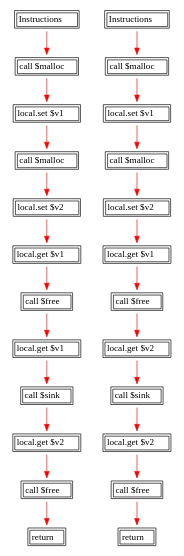
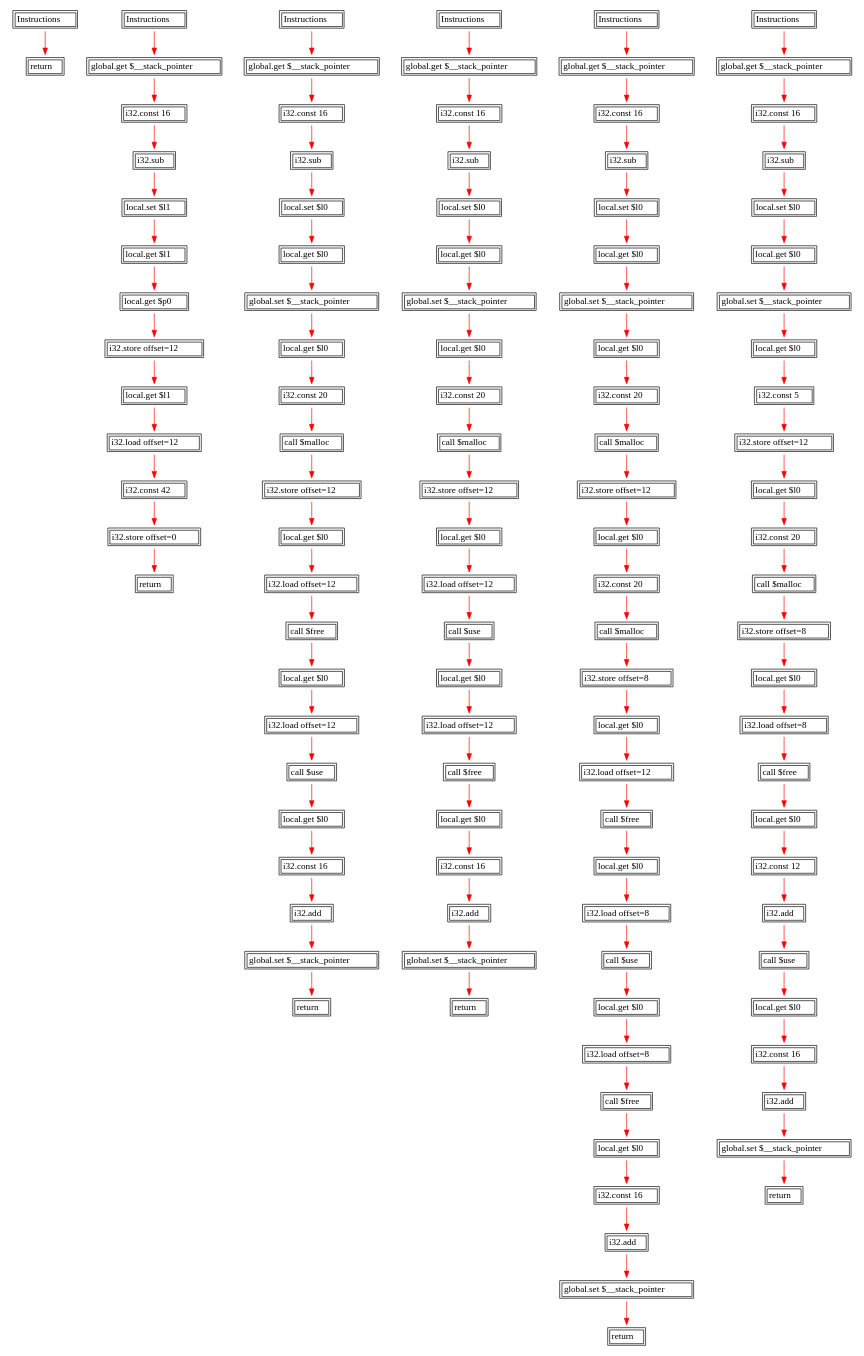
Before and after one commit to Parisa-ettehad/wasmati: the diagram in cfg.dot, drawn with Graphviz. The commit also changed 29 other files, not shown here.

```diff
--- a/cfg.dot
+++ b/cfg.dot
@@ -1,47 +1,223 @@
-digraph G {graph [rankdir=TD];node [shape=none];18 -> 20 [color=red]
-18 [label=<<TABLE><TR><TD>Instructions</TD></TR></TABLE>>];
-19 [label=<<TABLE><TR><TD>return</TD></TR></TABLE>>];
-20 -> 21 [color=red]
-20 [label=<<TABLE><TR><TD>call $malloc</TD></TR></TABLE>>];
-21 -> 22 [color=red]
-21 [label=<<TABLE><TR><TD>local.set $v1</TD></TR></TABLE>>];
-22 -> 23 [color=red]
-22 [label=<<TABLE><TR><TD>call $malloc</TD></TR></TABLE>>];
+digraph G {graph [rankdir=TD];node [shape=none];13 -> 14 [color=red]
+13 [label=<<TABLE><TR><TD>Instructions</TD></TR></TABLE>>];
+14 [label=<<TABLE><TR><TD>return</TD></TR></TABLE>>];
+21 -> 23 [color=red]
+21 [label=<<TABLE><TR><TD>Instructions</TD></TR></TABLE>>];
+22 [label=<<TABLE><TR><TD>return</TD></TR></TABLE>>];
 23 -> 24 [color=red]
-23 [label=<<TABLE><TR><TD>local.set $v2</TD></TR></TABLE>>];
+23 [label=<<TABLE><TR><TD>global.get $__stack_pointer</TD></TR></TABLE>>];
 24 -> 25 [color=red]
-24 [label=<<TABLE><TR><TD>local.get $v1</TD></TR></TABLE>>];
+24 [label=<<TABLE><TR><TD>i32.const 16</TD></TR></TABLE>>];
 25 -> 26 [color=red]
-25 [label=<<TABLE><TR><TD>call $free</TD></TR></TABLE>>];
+25 [label=<<TABLE><TR><TD>i32.sub</TD></TR></TABLE>>];
 26 -> 27 [color=red]
-26 [label=<<TABLE><TR><TD>local.get $v1</TD></TR></TABLE>>];
+26 [label=<<TABLE><TR><TD>local.set $l1</TD></TR></TABLE>>];
 27 -> 28 [color=red]
-27 [label=<<TABLE><TR><TD>call $sink</TD></TR></TABLE>>];
+27 [label=<<TABLE><TR><TD>local.get $l1</TD></TR></TABLE>>];
 28 -> 29 [color=red]
-28 [label=<<TABLE><TR><TD>local.get $v2</TD></TR></TABLE>>];
-29 -> 19 [color=red]
-29 [label=<<TABLE><TR><TD>call $free</TD></TR></TABLE>>];
-35 -> 37 [color=red]
-35 [label=<<TABLE><TR><TD>Instructions</TD></TR></TABLE>>];
-36 [label=<<TABLE><TR><TD>return</TD></TR></TABLE>>];
-37 -> 38 [color=red]
-37 [label=<<TABLE><TR><TD>call $malloc</TD></TR></TABLE>>];
-38 -> 39 [color=red]
-38 [label=<<TABLE><TR><TD>local.set $v1</TD></TR></TABLE>>];
-39 -> 40 [color=red]
-39 [label=<<TABLE><TR><TD>call $malloc</TD></TR></TABLE>>];
-40 -> 41 [color=red]
-40 [label=<<TABLE><TR><TD>local.set $v2</TD></TR></TABLE>>];
+28 [label=<<TABLE><TR><TD>local.get $p0</TD></TR></TABLE>>];
+29 -> 30 [color=red]
+29 [label=<<TABLE><TR><TD>i32.store offset=12</TD></TR></TABLE>>];
+30 -> 31 [color=red]
+30 [label=<<TABLE><TR><TD>local.get $l1</TD></TR></TABLE>>];
+31 -> 32 [color=red]
+31 [label=<<TABLE><TR><TD>i32.load offset=12</TD></TR></TABLE>>];
+32 -> 33 [color=red]
+32 [label=<<TABLE><TR><TD>i32.const 42</TD></TR></TABLE>>];
+33 -> 22 [color=red]
+33 [label=<<TABLE><TR><TD>i32.store offset=0</TD></TR></TABLE>>];
+39 -> 41 [color=red]
+39 [label=<<TABLE><TR><TD>Instructions</TD></TR></TABLE>>];
+40 [label=<<TABLE><TR><TD>return</TD></TR></TABLE>>];
 41 -> 42 [color=red]
-41 [label=<<TABLE><TR><TD>local.get $v1</TD></TR></TABLE>>];
+41 [label=<<TABLE><TR><TD>global.get $__stack_pointer</TD></TR></TABLE>>];
 42 -> 43 [color=red]
-42 [label=<<TABLE><TR><TD>call $free</TD></TR></TABLE>>];
+42 [label=<<TABLE><TR><TD>i32.const 16</TD></TR></TABLE>>];
 43 -> 44 [color=red]
-43 [label=<<TABLE><TR><TD>local.get $v2</TD></TR></TABLE>>];
+43 [label=<<TABLE><TR><TD>i32.sub</TD></TR></TABLE>>];
 44 -> 45 [color=red]
-44 [label=<<TABLE><TR><TD>call $sink</TD></TR></TABLE>>];
+44 [label=<<TABLE><TR><TD>local.set $l0</TD></TR></TABLE>>];
 45 -> 46 [color=red]
-45 [label=<<TABLE><TR><TD>local.get $v2</TD></TR></TABLE>>];
-46 -> 36 [color=red]
-46 [label=<<TABLE><TR><TD>call $free</TD></TR></TABLE>>];
+45 [label=<<TABLE><TR><TD>local.get $l0</TD></TR></TABLE>>];
+46 -> 47 [color=red]
+46 [label=<<TABLE><TR><TD>global.set $__stack_pointer</TD></TR></TABLE>>];
+47 -> 48 [color=red]
+47 [label=<<TABLE><TR><TD>local.get $l0</TD></TR></TABLE>>];
+48 -> 49 [color=red]
+48 [label=<<TABLE><TR><TD>i32.const 20</TD></TR></TABLE>>];
+49 -> 50 [color=red]
+49 [label=<<TABLE><TR><TD>call $malloc</TD></TR></TABLE>>];
+50 -> 51 [color=red]
+50 [label=<<TABLE><TR><TD>i32.store offset=12</TD></TR></TABLE>>];
+51 -> 52 [color=red]
+51 [label=<<TABLE><TR><TD>local.get $l0</TD></TR></TABLE>>];
+52 -> 53 [color=red]
+52 [label=<<TABLE><TR><TD>i32.load offset=12</TD></TR></TABLE>>];
+53 -> 54 [color=red]
+53 [label=<<TABLE><TR><TD>call $free</TD></TR></TABLE>>];
+54 -> 55 [color=red]
+54 [label=<<TABLE><TR><TD>local.get $l0</TD></TR></TABLE>>];
+55 -> 56 [color=red]
+55 [label=<<TABLE><TR><TD>i32.load offset=12</TD></TR></TABLE>>];
+56 -> 57 [color=red]
+56 [label=<<TABLE><TR><TD>call $use</TD></TR></TABLE>>];
+57 -> 58 [color=red]
+57 [label=<<TABLE><TR><TD>local.get $l0</TD></TR></TABLE>>];
+58 -> 59 [color=red]
+58 [label=<<TABLE><TR><TD>i32.const 16</TD></TR></TABLE>>];
+59 -> 60 [color=red]
+59 [label=<<TABLE><TR><TD>i32.add</TD></TR></TABLE>>];
+60 -> 40 [color=red]
+60 [label=<<TABLE><TR><TD>global.set $__stack_pointer</TD></TR></TABLE>>];
+66 -> 68 [color=red]
+66 [label=<<TABLE><TR><TD>Instructions</TD></TR></TABLE>>];
+67 [label=<<TABLE><TR><TD>return</TD></TR></TABLE>>];
+68 -> 69 [color=red]
+68 [label=<<TABLE><TR><TD>global.get $__stack_pointer</TD></TR></TABLE>>];
+69 -> 70 [color=red]
+69 [label=<<TABLE><TR><TD>i32.const 16</TD></TR></TABLE>>];
+70 -> 71 [color=red]
+70 [label=<<TABLE><TR><TD>i32.sub</TD></TR></TABLE>>];
+71 -> 72 [color=red]
+71 [label=<<TABLE><TR><TD>local.set $l0</TD></TR></TABLE>>];
+72 -> 73 [color=red]
+72 [label=<<TABLE><TR><TD>local.get $l0</TD></TR></TABLE>>];
+73 -> 74 [color=red]
+73 [label=<<TABLE><TR><TD>global.set $__stack_pointer</TD></TR></TABLE>>];
+74 -> 75 [color=red]
+74 [label=<<TABLE><TR><TD>local.get $l0</TD></TR></TABLE>>];
+75 -> 76 [color=red]
+75 [label=<<TABLE><TR><TD>i32.const 20</TD></TR></TABLE>>];
+76 -> 77 [color=red]
+76 [label=<<TABLE><TR><TD>call $malloc</TD></TR></TABLE>>];
+77 -> 78 [color=red]
+77 [label=<<TABLE><TR><TD>i32.store offset=12</TD></TR></TABLE>>];
+78 -> 79 [color=red]
+78 [label=<<TABLE><TR><TD>local.get $l0</TD></TR></TABLE>>];
+79 -> 80 [color=red]
+79 [label=<<TABLE><TR><TD>i32.load offset=12</TD></TR></TABLE>>];
+80 -> 81 [color=red]
+80 [label=<<TABLE><TR><TD>call $use</TD></TR></TABLE>>];
+81 -> 82 [color=red]
+81 [label=<<TABLE><TR><TD>local.get $l0</TD></TR></TABLE>>];
+82 -> 83 [color=red]
+82 [label=<<TABLE><TR><TD>i32.load offset=12</TD></TR></TABLE>>];
+83 -> 84 [color=red]
+83 [label=<<TABLE><TR><TD>call $free</TD></TR></TABLE>>];
+84 -> 85 [color=red]
+84 [label=<<TABLE><TR><TD>local.get $l0</TD></TR></TABLE>>];
+85 -> 86 [color=red]
+85 [label=<<TABLE><TR><TD>i32.const 16</TD></TR></TABLE>>];
+86 -> 87 [color=red]
+86 [label=<<TABLE><TR><TD>i32.add</TD></TR></TABLE>>];
+87 -> 67 [color=red]
+87 [label=<<TABLE><TR><TD>global.set $__stack_pointer</TD></TR></TABLE>>];
+93 -> 95 [color=red]
+93 [label=<<TABLE><TR><TD>Instructions</TD></TR></TABLE>>];
+94 [label=<<TABLE><TR><TD>return</TD></TR></TABLE>>];
+95 -> 96 [color=red]
+95 [label=<<TABLE><TR><TD>global.get $__stack_pointer</TD></TR></TABLE>>];
+96 -> 97 [color=red]
+96 [label=<<TABLE><TR><TD>i32.const 16</TD></TR></TABLE>>];
+97 -> 98 [color=red]
+97 [label=<<TABLE><TR><TD>i32.sub</TD></TR></TABLE>>];
+98 -> 99 [color=red]
+98 [label=<<TABLE><TR><TD>local.set $l0</TD></TR></TABLE>>];
+99 -> 100 [color=red]
+99 [label=<<TABLE><TR><TD>local.get $l0</TD></TR></TABLE>>];
+100 -> 101 [color=red]
+100 [label=<<TABLE><TR><TD>global.set $__stack_pointer</TD></TR></TABLE>>];
+101 -> 102 [color=red]
+101 [label=<<TABLE><TR><TD>local.get $l0</TD></TR></TABLE>>];
+102 -> 103 [color=red]
+102 [label=<<TABLE><TR><TD>i32.const 20</TD></TR></TABLE>>];
+103 -> 104 [color=red]
+103 [label=<<TABLE><TR><TD>call $malloc</TD></TR></TABLE>>];
+104 -> 105 [color=red]
+104 [label=<<TABLE><TR><TD>i32.store offset=12</TD></TR></TABLE>>];
+105 -> 106 [color=red]
+105 [label=<<TABLE><TR><TD>local.get $l0</TD></TR></TABLE>>];
+106 -> 107 [color=red]
+106 [label=<<TABLE><TR><TD>i32.const 20</TD></TR></TABLE>>];
+107 -> 108 [color=red]
+107 [label=<<TABLE><TR><TD>call $malloc</TD></TR></TABLE>>];
+108 -> 109 [color=red]
+108 [label=<<TABLE><TR><TD>i32.store offset=8</TD></TR></TABLE>>];
+109 -> 110 [color=red]
+109 [label=<<TABLE><TR><TD>local.get $l0</TD></TR></TABLE>>];
+110 -> 111 [color=red]
+110 [label=<<TABLE><TR><TD>i32.load offset=12</TD></TR></TABLE>>];
+111 -> 112 [color=red]
+111 [label=<<TABLE><TR><TD>call $free</TD></TR></TABLE>>];
+112 -> 113 [color=red]
+112 [label=<<TABLE><TR><TD>local.get $l0</TD></TR></TABLE>>];
+113 -> 114 [color=red]
+113 [label=<<TABLE><TR><TD>i32.load offset=8</TD></TR></TABLE>>];
+114 -> 115 [color=red]
+114 [label=<<TABLE><TR><TD>call $use</TD></TR></TABLE>>];
+115 -> 116 [color=red]
+115 [label=<<TABLE><TR><TD>local.get $l0</TD></TR></TABLE>>];
+116 -> 117 [color=red]
+116 [label=<<TABLE><TR><TD>i32.load offset=8</TD></TR></TABLE>>];
+117 -> 118 [color=red]
+117 [label=<<TABLE><TR><TD>call $free</TD></TR></TABLE>>];
+118 -> 119 [color=red]
+118 [label=<<TABLE><TR><TD>local.get $l0</TD></TR></TABLE>>];
+119 -> 120 [color=red]
+119 [label=<<TABLE><TR><TD>i32.const 16</TD></TR></TABLE>>];
+120 -> 121 [color=red]
+120 [label=<<TABLE><TR><TD>i32.add</TD></TR></TABLE>>];
+121 -> 94 [color=red]
+121 [label=<<TABLE><TR><TD>global.set $__stack_pointer</TD></TR></TABLE>>];
+127 -> 129 [color=red]
+127 [label=<<TABLE><TR><TD>Instructions</TD></TR></TABLE>>];
+128 [label=<<TABLE><TR><TD>return</TD></TR></TABLE>>];
+129 -> 130 [color=red]
+129 [label=<<TABLE><TR><TD>global.get $__stack_pointer</TD></TR></TABLE>>];
+130 -> 131 [color=red]
+130 [label=<<TABLE><TR><TD>i32.const 16</TD></TR></TABLE>>];
+131 -> 132 [color=red]
+131 [label=<<TABLE><TR><TD>i32.sub</TD></TR></TABLE>>];
+132 -> 133 [color=red]
+132 [label=<<TABLE><TR><TD>local.set $l0</TD></TR></TABLE>>];
+133 -> 134 [color=red]
+133 [label=<<TABLE><TR><TD>local.get $l0</TD></TR></TABLE>>];
+134 -> 135 [color=red]
+134 [label=<<TABLE><TR><TD>global.set $__stack_pointer</TD></TR></TABLE>>];
+135 -> 136 [color=red]
+135 [label=<<TABLE><TR><TD>local.get $l0</TD></TR></TABLE>>];
+136 -> 137 [color=red]
+136 [label=<<TABLE><TR><TD>i32.const 5</TD></TR></TABLE>>];
+137 -> 138 [color=red]
+137 [label=<<TABLE><TR><TD>i32.store offset=12</TD></TR></TABLE>>];
+138 -> 139 [color=red]
+138 [label=<<TABLE><TR><TD>local.get $l0</TD></TR></TABLE>>];
+139 -> 140 [color=red]
+139 [label=<<TABLE><TR><TD>i32.const 20</TD></TR></TABLE>>];
+140 -> 141 [color=red]
+140 [label=<<TABLE><TR><TD>call $malloc</TD></TR></TABLE>>];
+141 -> 142 [color=red]
+141 [label=<<TABLE><TR><TD>i32.store offset=8</TD></TR></TABLE>>];
+142 -> 143 [color=red]
+142 [label=<<TABLE><TR><TD>local.get $l0</TD></TR></TABLE>>];
+143 -> 144 [color=red]
+143 [label=<<TABLE><TR><TD>i32.load offset=8</TD></TR></TABLE>>];
+144 -> 145 [color=red]
+144 [label=<<TABLE><TR><TD>call $free</TD></TR></TABLE>>];
+145 -> 146 [color=red]
+145 [label=<<TABLE><TR><TD>local.get $l0</TD></TR></TABLE>>];
+146 -> 147 [color=red]
+146 [label=<<TABLE><TR><TD>i32.const 12</TD></TR></TABLE>>];
+147 -> 148 [color=red]
+147 [label=<<TABLE><TR><TD>i32.add</TD></TR></TABLE>>];
+148 -> 149 [color=red]
+148 [label=<<TABLE><TR><TD>call $use</TD></TR></TABLE>>];
+149 -> 150 [color=red]
+149 [label=<<TABLE><TR><TD>local.get $l0</TD></TR></TABLE>>];
+150 -> 151 [color=red]
+150 [label=<<TABLE><TR><TD>i32.const 16</TD></TR></TABLE>>];
+151 -> 152 [color=red]
+151 [label=<<TABLE><TR><TD>i32.add</TD></TR></TABLE>>];
+152 -> 128 [color=red]
+152 [label=<<TABLE><TR><TD>global.set $__stack_pointer</TD></TR></TABLE>>];
 }
```
